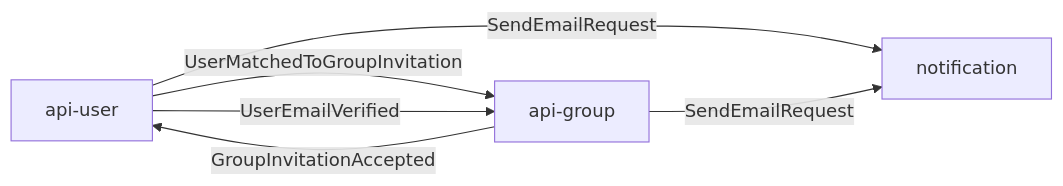
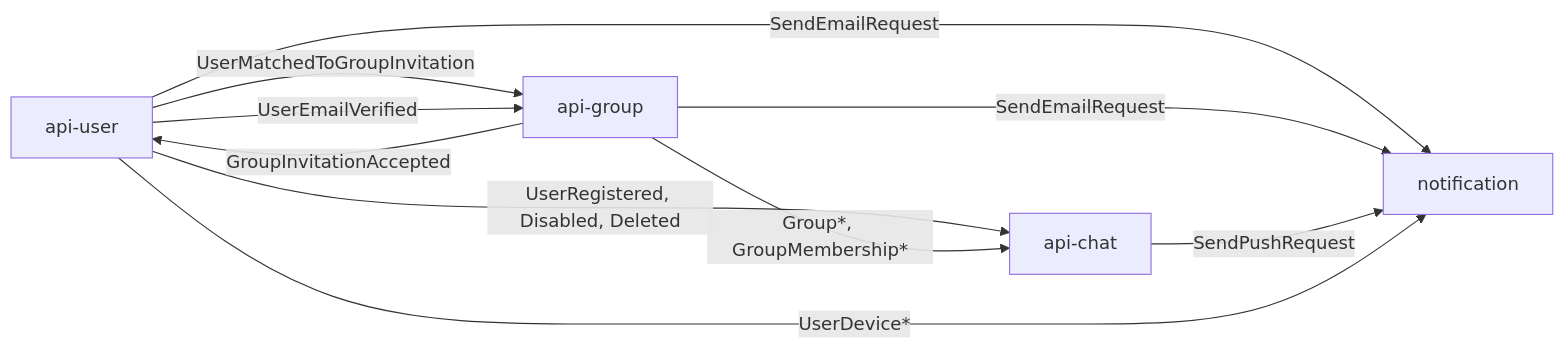
The fifth of 6 diagrams in docs/ARCHITECTURE.md (dragos-galeteanu/trip-huddle-backend), drawn with Mermaid before and after one commit. The commit also changed other lines of this file and 5 other files, not shown here.

Commit message:
Update docs after adding push notifications, websockets and `api-chat`

````diff
--- a/docs/ARCHITECTURE.md
+++ b/docs/ARCHITECTURE.md
@@ -135,8 +146,12 @@
 ```mermaid
 flowchart LR
     U[api-user] -- "SendEmailRequest" --> N[notification]
     G[api-group] -- "SendEmailRequest" --> N
     G -- "GroupInvitationAccepted" --> U
     U -- "UserMatchedToGroupInvitation" --> G
     U -- "UserEmailVerified" --> G
+    U -- "UserRegistered, Disabled, Deleted" --> CH[api-chat]
+    G -- "Group*, GroupMembership*" --> CH
+    CH -- "SendPushRequest" --> N
+    U -- "UserDevice*" --> N
 ```
````
